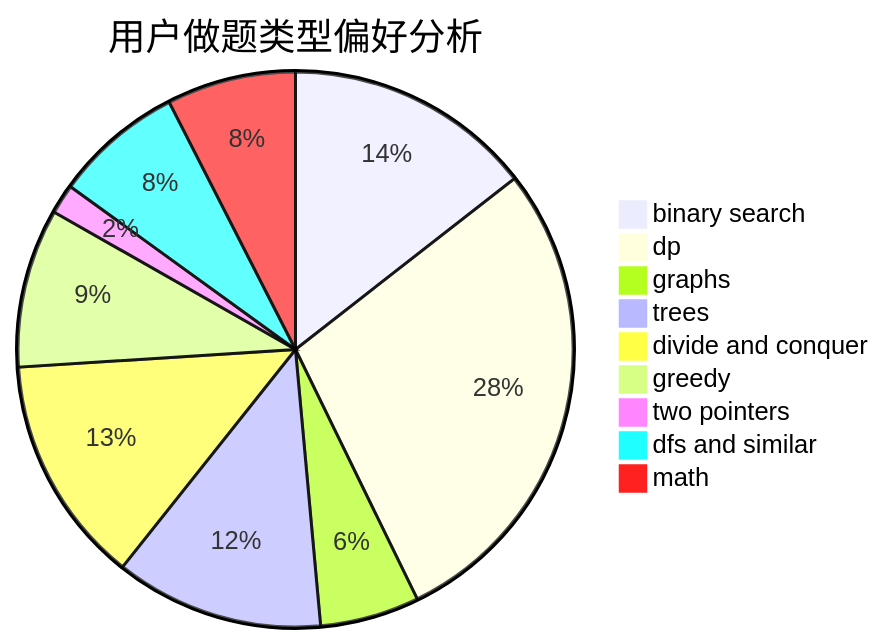
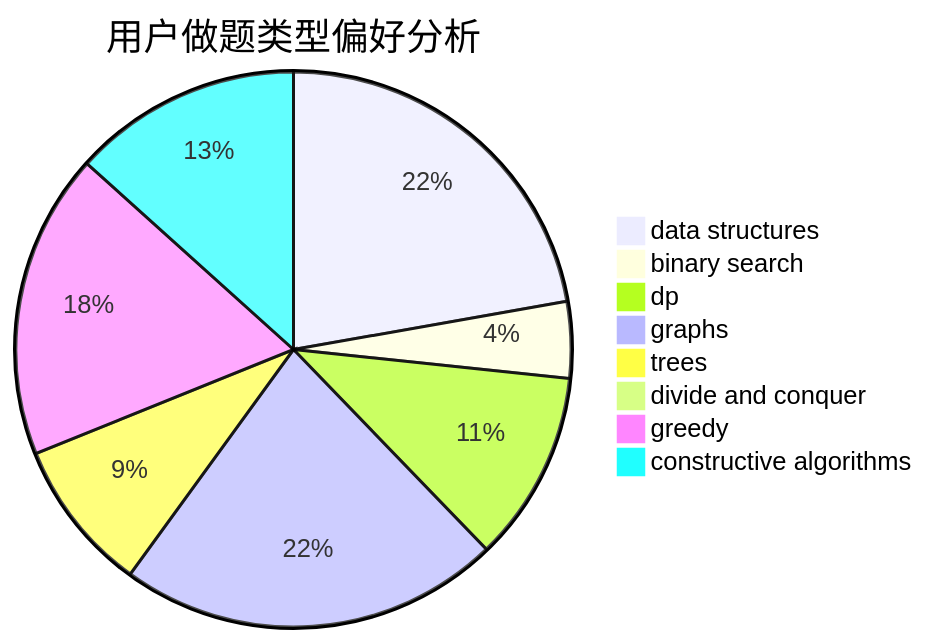
The second of 3 diagrams in docs/user/u1274.md (sherpahu/cfrs.github.io), drawn with Mermaid before and after one commit. The commit also changed other lines of this file and 2775 other files, not shown here.

````diff
--- a/docs/user/u1274.md
+++ b/docs/user/u1274.md
@@ -23,12 +23,11 @@
 ```mermaid
 pie title 用户做题类型偏好分析
-    "binary search" :  25
-    "dp" :  49
+    "data structures" :  10
+    "binary search" :  2
+    "dp" :  5
     "graphs" :  10
-    "trees" :  21
-    "divide and conquer" :  23
-    "greedy" :  16
-    "two pointers" :  3
-    "dfs and similar" :  13
-    "math" :  13
+    "trees" :  4
+    "divide and conquer" :  0
+    "greedy" :  8
+    "constructive algorithms" :  6
 ```
````
